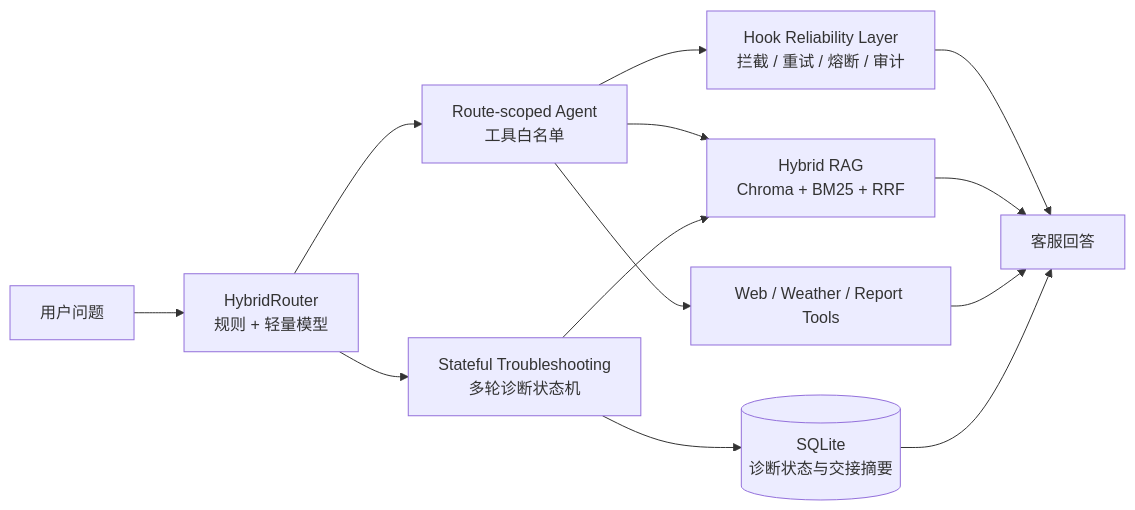
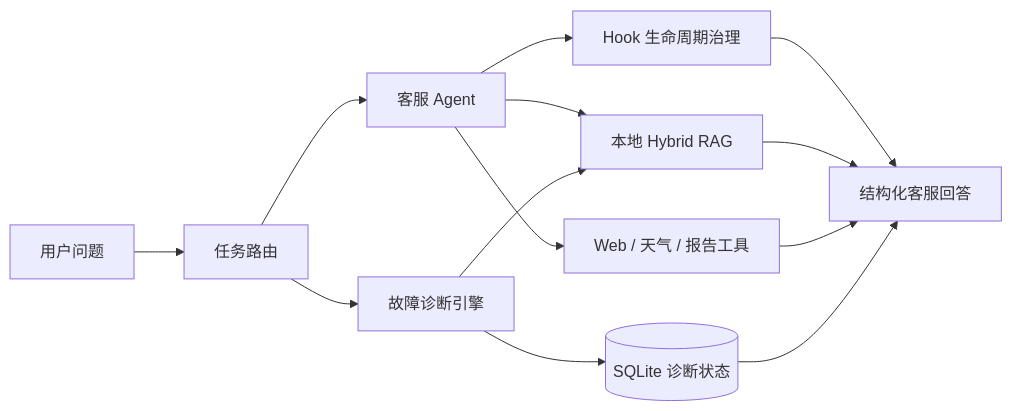
Before and after one commit to wangzihang33/RoboCare: the diagram in README.md, drawn with Mermaid. The commit also changed other lines of this file and 1 other file, not shown here.

````diff
--- a/README.md
+++ b/README.md
@@ -37,15 +39,15 @@
 ```mermaid
 flowchart LR
-    U[用户问题] --> R[HybridRouter\n规则 + 轻量模型]
-    R --> A[Route-scoped Agent\n工具白名单]
-    R --> D[Stateful Troubleshooting\n多轮诊断状态机]
-    A --> H[Hook Reliability Layer\n拦截 / 重试 / 熔断 / 审计]
-    A --> K[Hybrid RAG\nChroma + BM25 + RRF]
-    A --> W[Web / Weather / Report Tools]
+    U[用户问题] --> R[任务路由]
+    R --> A[客服 Agent]
+    R --> D[故障诊断引擎]
+    A --> K[本地 Hybrid RAG]
+    A --> W[Web / 天气 / 报告工具]
     D --> K
-    D --> S[(SQLite\n诊断状态与交接摘要)]
-    H --> O[客服回答]
+    D --> S[(SQLite 诊断状态)]
+    A --> H[Hook 生命周期治理]
+    H --> O[结构化客服回答]
     K --> O
     W --> O
     S --> O
 ```
````
